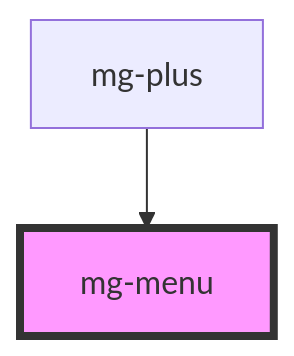
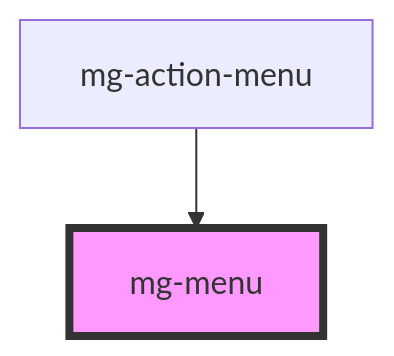
One commit to MGDIS/mg-components changed the diagram in src/components/molecules/menu/mg-menu/readme.md. Above: the diagram before and after it, drawn with Mermaid. The commit also changed other lines of this file and 37 other files, not shown here.

First line of the commit message:
feat(mgActionMenu): manage buttons

````diff
--- a/src/components/molecules/menu/mg-menu/readme.md
+++ b/src/components/molecules/menu/mg-menu/readme.md
@@ -95,5 +95,5 @@
 ```mermaid
 graph TD;
-  mg-plus --> mg-menu
+  mg-action-menu --> mg-menu
   style mg-menu fill:#f9f,stroke:#333,stroke-width:4px
 ```
````
